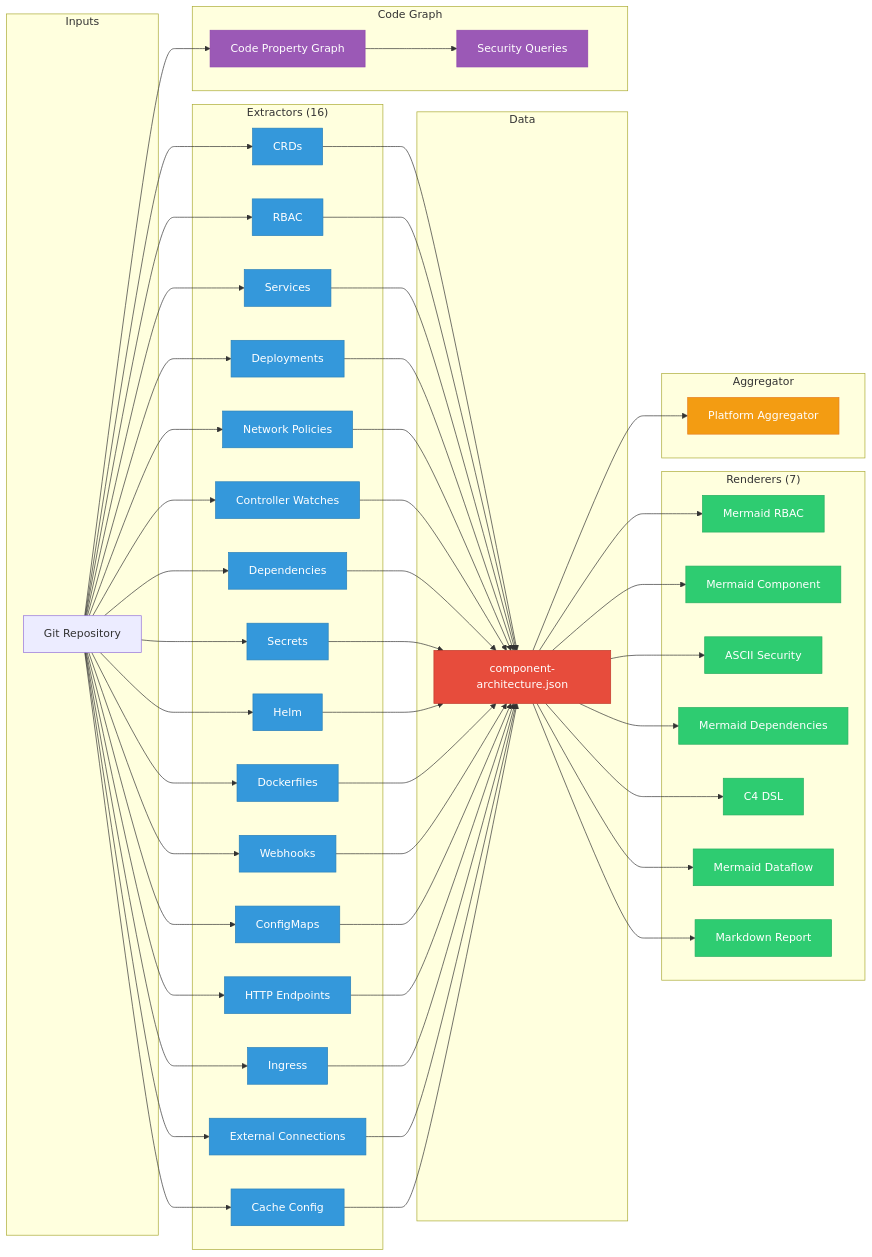
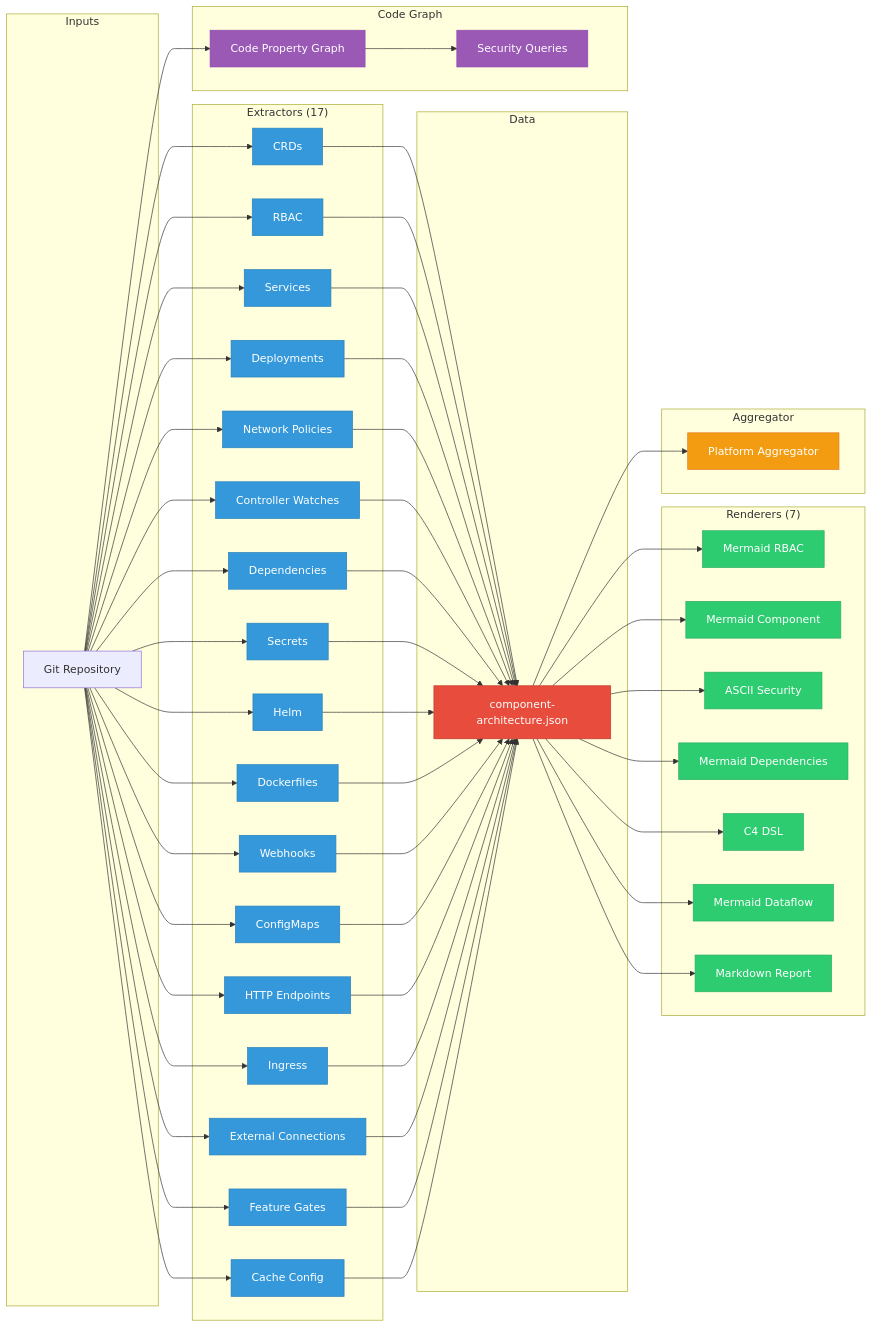
Before and after one commit to ugiordan/rhoai-architecture-analyzer: the diagram in README.md, drawn with Mermaid. The commit also changed other lines of this file and 17 other files, not shown here.

First line of the commit message:
feat: add feature gate extractor, CGA-U03/U04 queries, and adversarial review fixes

````diff
--- a/README.md
+++ b/README.md
@@ -19,66 +20,67 @@
 ```mermaid
 graph LR
     subgraph Inputs
         REPO[Git Repository]
     end
 
-    subgraph "Extractors (16)"
+    subgraph "Extractors (17)"
         E1[CRDs]
         E2[RBAC]
         E3[Services]
         E4[Deployments]
         E5[Network Policies]
         E6[Controller Watches]
         E7[Dependencies]
         E8[Secrets]
         E9[Helm]
         E10[Dockerfiles]
         E11[Webhooks]
         E12[ConfigMaps]
         E13[HTTP Endpoints]
         E14[Ingress]
         E15[External Connections]
-        E16[Cache Config]
+        E16[Feature Gates]
+        E17[Cache Config]
     end
 
     subgraph Data
         JSON[component-architecture.json]
     end
 
     subgraph "Renderers (7)"
         R1[Mermaid RBAC]
         R2[Mermaid Component]
         R3[ASCII Security]
         R4[Mermaid Dependencies]
         R5[C4 DSL]
         R6[Mermaid Dataflow]
         R7[Markdown Report]
     end
 
     subgraph "Code Graph"
         CPG[Code Property Graph]
         SEC[Security Queries]
     end
 
     subgraph Aggregator
         AGG[Platform Aggregator]
     end
 
-    REPO --> E1 & E2 & E3 & E4 & E5 & E6 & E7 & E8 & E9 & E10 & E11 & E12 & E13 & E14 & E15 & E16
-    E1 & E2 & E3 & E4 & E5 & E6 & E7 & E8 & E9 & E10 & E11 & E12 & E13 & E14 & E15 & E16 --> JSON
+    REPO --> E1 & E2 & E3 & E4 & E5 & E6 & E7 & E8 & E9 & E10 & E11 & E12 & E13 & E14 & E15 & E16 & E17
+    E1 & E2 & E3 & E4 & E5 & E6 & E7 & E8 & E9 & E10 & E11 & E12 & E13 & E14 & E15 & E16 & E17 --> JSON
     JSON --> R1 & R2 & R3 & R4 & R5 & R6 & R7
     JSON --> AGG
     REPO --> CPG --> SEC
 
     classDef extractor fill:#3498db,stroke:#2980b9,color:#fff
     classDef renderer fill:#2ecc71,stroke:#27ae60,color:#fff
     classDef data fill:#e74c3c,stroke:#c0392b,color:#fff
     classDef agg fill:#f39c12,stroke:#e67e22,color:#fff
     classDef cpg fill:#9b59b6,stroke:#8e44ad,color:#fff
 
-    class E1,E2,E3,E4,E5,E6,E7,E8,E9,E10,E11,E12,E13,E14,E15,E16 extractor
+    class E1,E2,E3,E4,E5,E6,E7,E8,E9,E10,E11,E12,E13,E14,E15,E16,E17 extractor
     class R1,R2,R3,R4,R5,R6,R7 renderer
     class JSON data
     class AGG agg
     class CPG,SEC cpg
 ```
````
